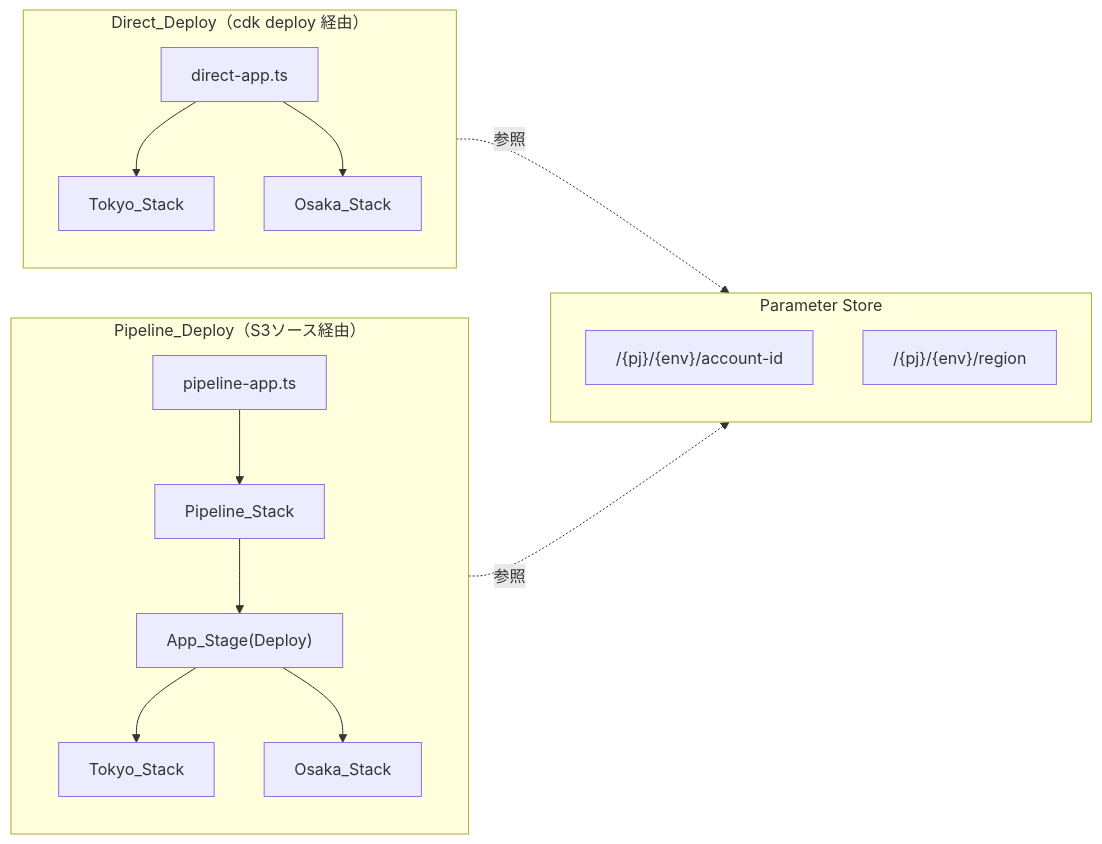
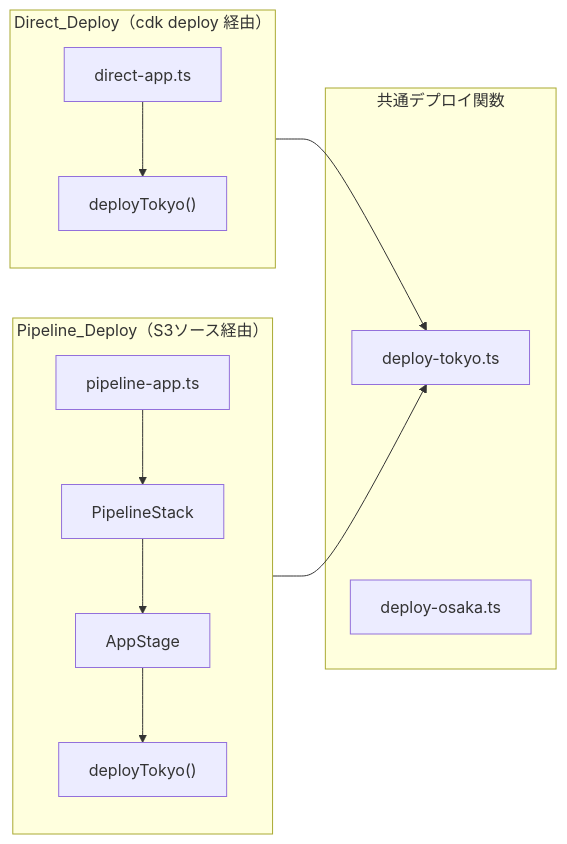
Before and after one commit to m-kotaro/cdk-pipeline-002: the second of 3 diagrams in .kiro/specs/cdk-pipeline-sample/design.md, drawn with Mermaid. The commit also changed other lines of this file and 11 other files, not shown here.

````diff
--- a/.kiro/specs/cdk-pipeline-sample/design.md
+++ b/.kiro/specs/cdk-pipeline-sample/design.md
@@ -48,34 +46,30 @@
 ```mermaid
 graph LR
     subgraph Pipeline_Deploy["Pipeline_Deploy（S3ソース経由）"]
         direction TB
         PA1["pipeline-app.ts"]
-        PS["Pipeline_Stack"]
-        AS1["App_Stage(Deploy)"]
-        TK1["Tokyo_Stack"]
-        OS1["Osaka_Stack"]
+        PS["PipelineStack"]
+        AS1["AppStage"]
+        DT1["deployTokyo()"]
 
         PA1 --> PS
         PS --> AS1
-        AS1 --> TK1
-        AS1 --> OS1
+        AS1 --> DT1
     end
 
     subgraph Direct_Deploy["Direct_Deploy（cdk deploy 経由）"]
         direction TB
         DA["direct-app.ts"]
-        TK2["Tokyo_Stack"]
-        OS2["Osaka_Stack"]
+        DT2["deployTokyo()"]
 
-        DA --> TK2
-        DA --> OS2
+        DA --> DT2
     end
 
-    subgraph SSM["Parameter Store"]
-        P1["/{pj}/{env}/account-id"]
-        P2["/{pj}/{env}/region"]
+    subgraph Shared["共通デプロイ関数"]
+        DTF["deploy-tokyo.ts"]
+        DOF["deploy-osaka.ts"]
     end
 
-    PS -.->|"参照"| SSM
-    DA -.->|"参照"| SSM
+    DT1 --> DTF
+    DT2 --> DTF
 ```
````
